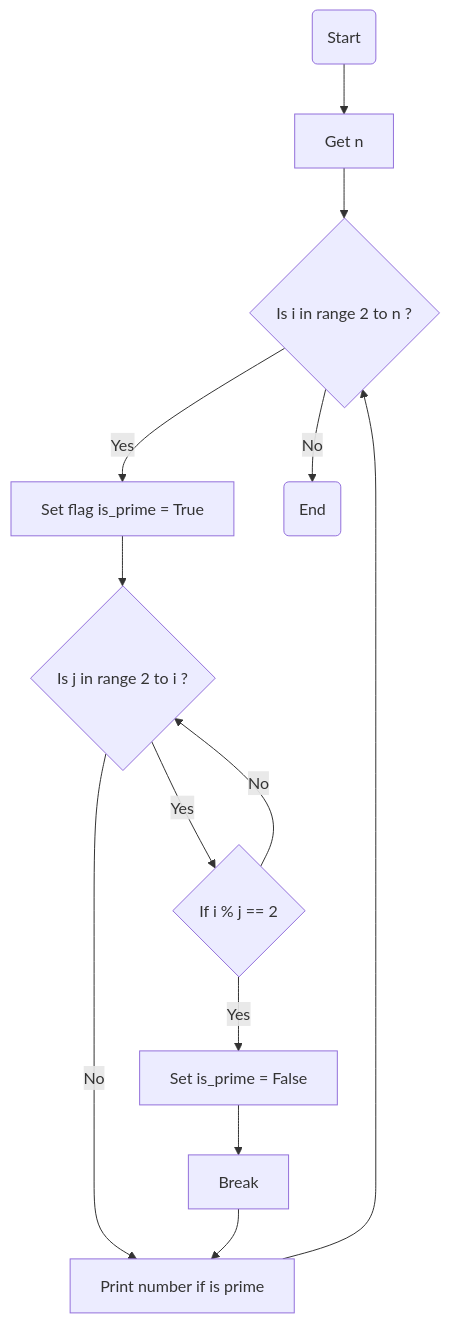
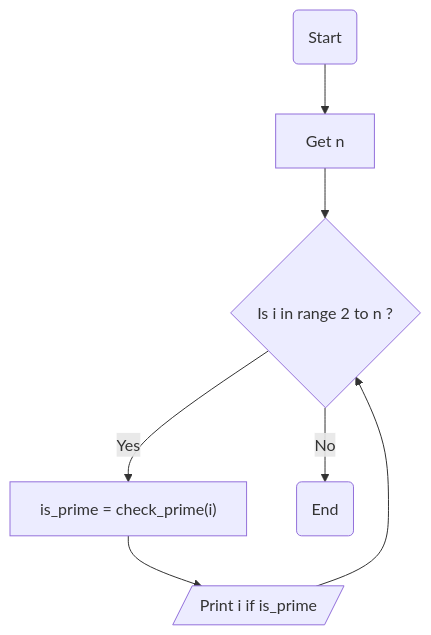
Before and after one commit to hayyaun/kids: the diagram in exercises/exercise-4-1.md, drawn with Mermaid. The commit also changed other lines of this file, not shown here.

````diff
--- a/exercises/exercise-4-1.md
+++ b/exercises/exercise-4-1.md
@@ -26,15 +22,11 @@
 ```mermaid
 flowchart TD
-    A(Start) --> C[Get n]
-    C --> E{Is i in range 2 to n ?}
-    E -- Yes --> F[Set flag is_prime = True]
-    F --> G{Is j in range 2 to i ?}
-    G -- No --> I[Print number if is prime]
-    G -- Yes --> H{If i % j == 2}
-    H -- Yes --> J[Set is_prime = False]
-    H -- No --> G
-    J --> B[Break]
-    B --> I
-    I --> E
-    E -- No --> L(End)
+    A("Start") --> C["Get n"]
+    F["is_prime = check_prime(i)"] --> G["Print i if is_prime"]
+    E{"Is i in range 2 to n ?"} -- No --> L("End")
+    C --> E
+    E -- Yes --> F
+    G --> E
+
+    G@{ shape: in-out}
 ```
````
